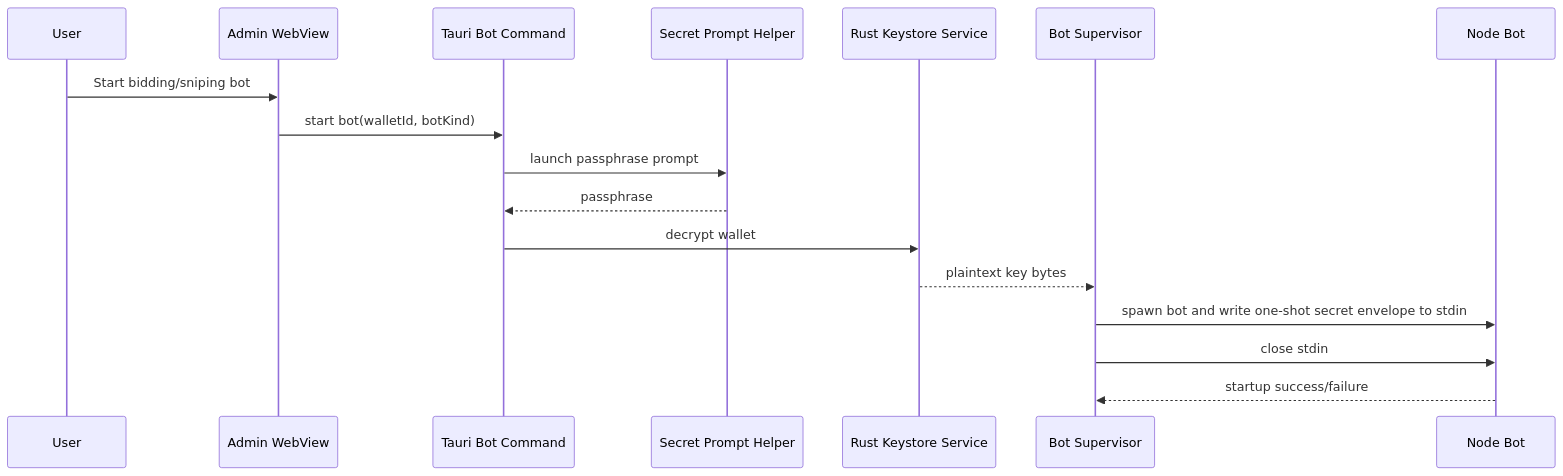
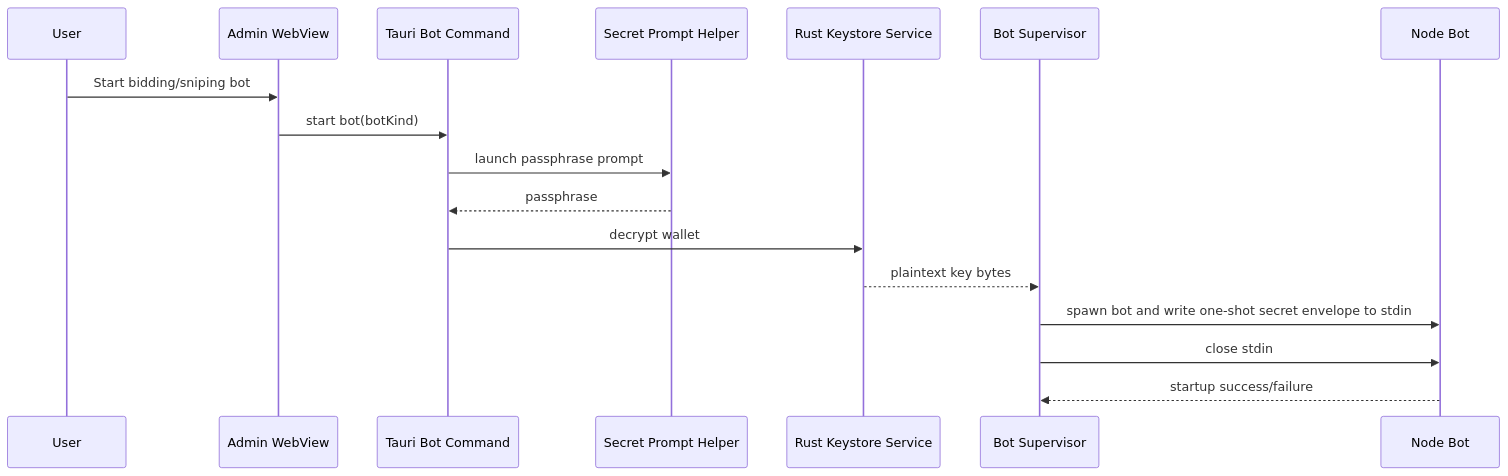
Before and after one commit to d347h-eth/artgod: the fifth of 5 diagrams in docs/desktop/03-wallet-keystore-and-bot-unlock.md, drawn with Mermaid. The commit also changed other lines of this file and 29 other files, not shown here.

Commit message:
Slice 5: Supervisor Split for Wallet-Bound Bot Runtimes

````diff
--- a/docs/desktop/03-wallet-keystore-and-bot-unlock.md
+++ b/docs/desktop/03-wallet-keystore-and-bot-unlock.md
@@ -630,20 +631,20 @@
 ```mermaid
 sequenceDiagram
     participant U as User
     participant W as Admin WebView
     participant T as Tauri Bot Command
     participant P as Secret Prompt Helper
     participant K as Rust Keystore Service
     participant B as Bot Supervisor
     participant N as Node Bot
 
     U->>W: Start bidding/sniping bot
-    W->>T: start bot(walletId, botKind)
+    W->>T: start bot(botKind)
     T->>P: launch passphrase prompt
     P-->>T: passphrase
     T->>K: decrypt wallet
     K-->>B: plaintext key bytes
     B->>N: spawn bot and write one-shot secret envelope to stdin
     B->>N: close stdin
     N-->>B: startup success/failure
 ```
````
